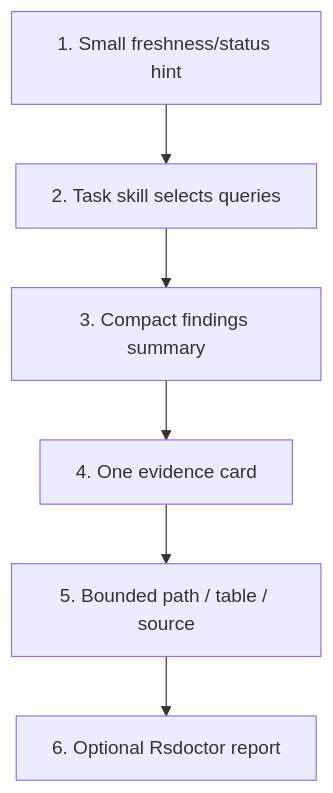
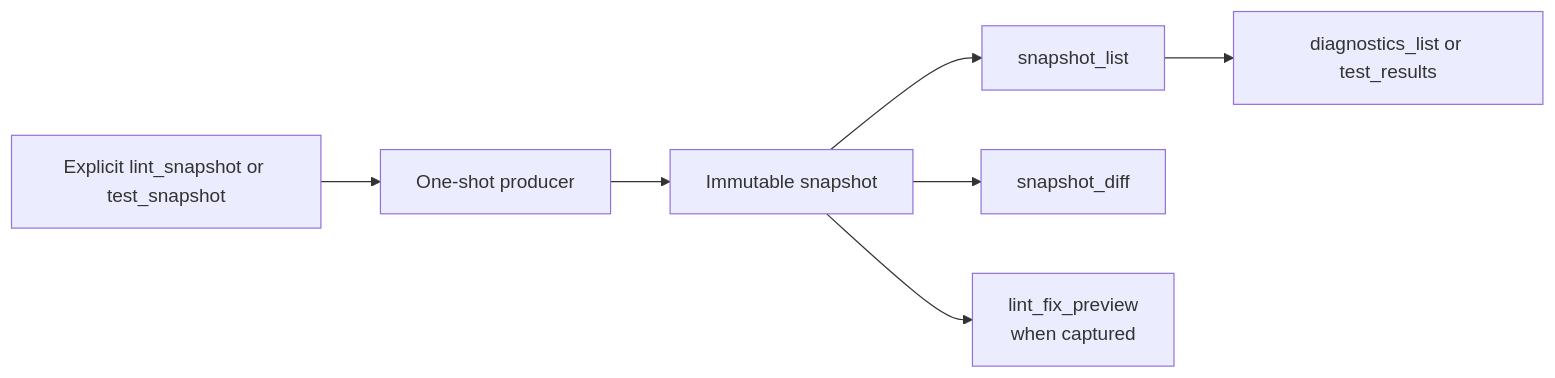
Before and after one commit to rstackjs/rstack-cli: the fifth of 7 diagrams in docs/rfcs/0001-rstack-context-engine.md, drawn with Mermaid. The commit also changed other lines of this file, not shown here.

````diff
--- a/docs/rfcs/0001-rstack-context-engine.md
+++ b/docs/rfcs/0001-rstack-context-engine.md
@@ -773,11 +334,9 @@
 ```mermaid
-flowchart TB
-  Hint["1. Small freshness/status hint"]
-  Skill["2. Task skill selects queries"]
-  Summary["3. Compact findings summary"]
-  Card["4. One evidence card"]
-  Path["5. Bounded path / table / source"]
-  Report["6. Optional Rsdoctor report"]
-
-  Hint --> Skill --> Summary --> Card --> Path --> Report
+flowchart LR
+  Explicit["Explicit lint_snapshot or test_snapshot"] --> Run["One-shot producer"]
+  Run --> Record["Immutable snapshot"]
+  Record --> List["snapshot_list"]
+  List --> Query["diagnostics_list or test_results"]
+  Record --> Diff["snapshot_diff"]
+  Record --> Preview["lint_fix_preview<br/>when captured"]
 ```
````
